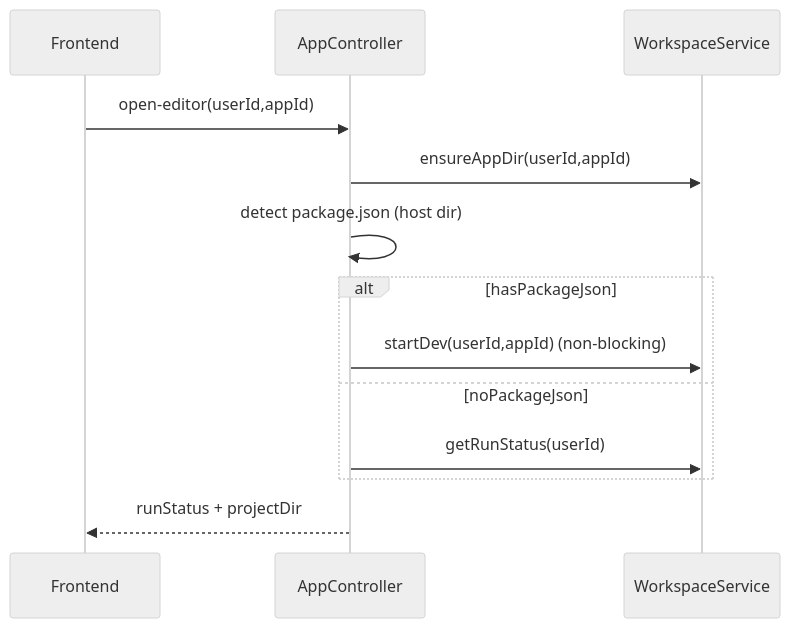
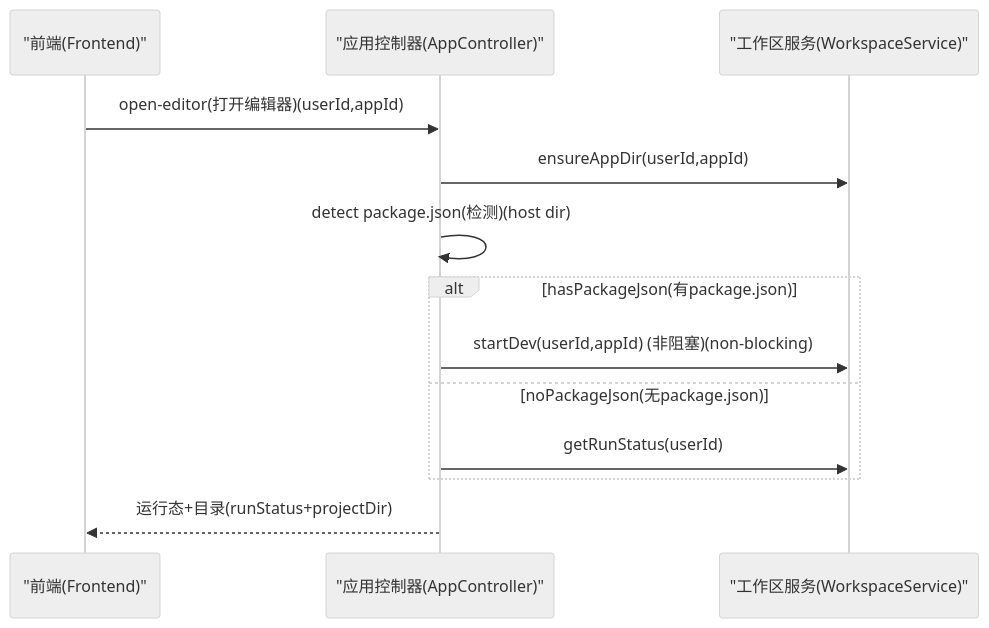
One commit to ruiAndroid/fun-ai-studio-api changed the diagram in src/main/resources/doc/domains/app/README.md. Above: the diagram before and after it, drawn with Mermaid (neutral theme). The commit also changed 10 other files, not shown here.

````diff
--- a/src/main/resources/doc/domains/app/README.md
+++ b/src/main/resources/doc/domains/app/README.md
@@ -46,16 +46,16 @@
 ```mermaid
 sequenceDiagram
-participant FE as Frontend
-participant AppAPI as AppController
-participant WS as WorkspaceService
+participant FE as "前端(Frontend)"
+participant AppAPI as "应用控制器(AppController)"
+participant WS as "工作区服务(WorkspaceService)"
 
-FE->>AppAPI: open-editor(userId,appId)
+FE->>AppAPI: open-editor(打开编辑器)(userId,appId)
 AppAPI->>WS: ensureAppDir(userId,appId)
-AppAPI->>AppAPI: detect package.json (host dir)
-alt hasPackageJson
-  AppAPI->>WS: startDev(userId,appId) (non-blocking)
-else noPackageJson
+AppAPI->>AppAPI: detect package.json(检测)(host dir)
+alt hasPackageJson(有package.json)
+  AppAPI->>WS: startDev(userId,appId) (非阻塞)(non-blocking)
+else noPackageJson(无package.json)
   AppAPI->>WS: getRunStatus(userId)
 end
-AppAPI-->>FE: runStatus + projectDir
+AppAPI-->>FE: 运行态+目录(runStatus+projectDir)
 ```
````
